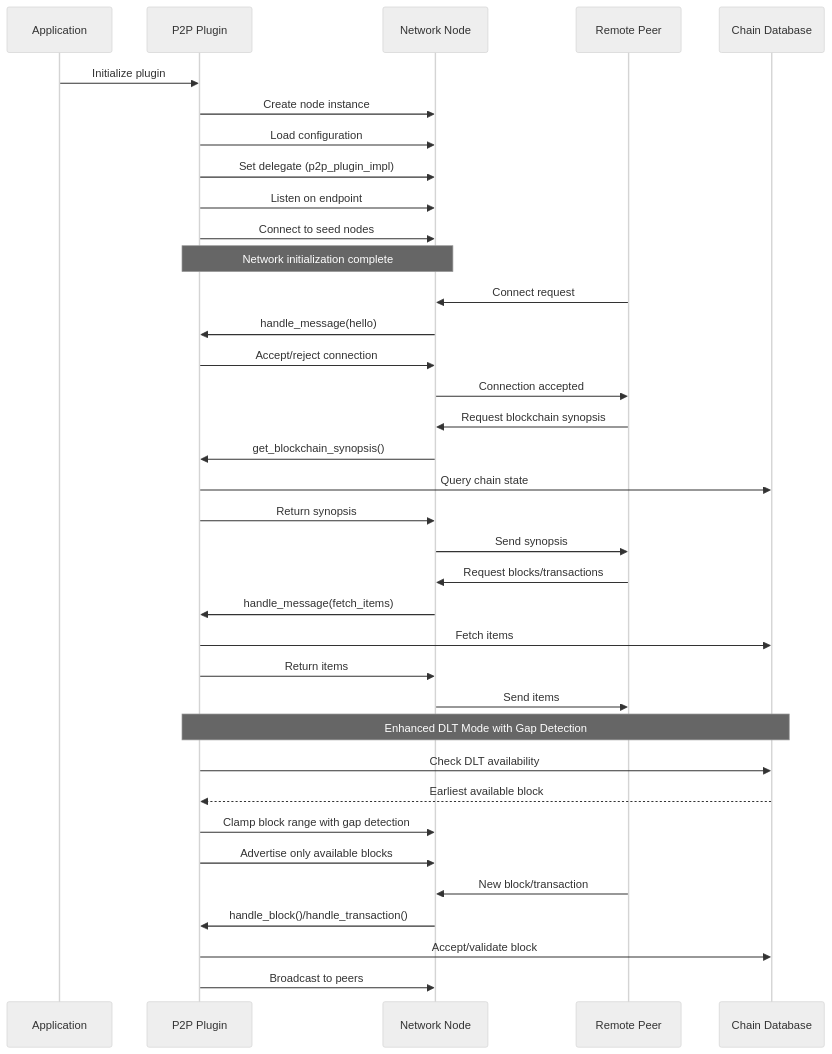
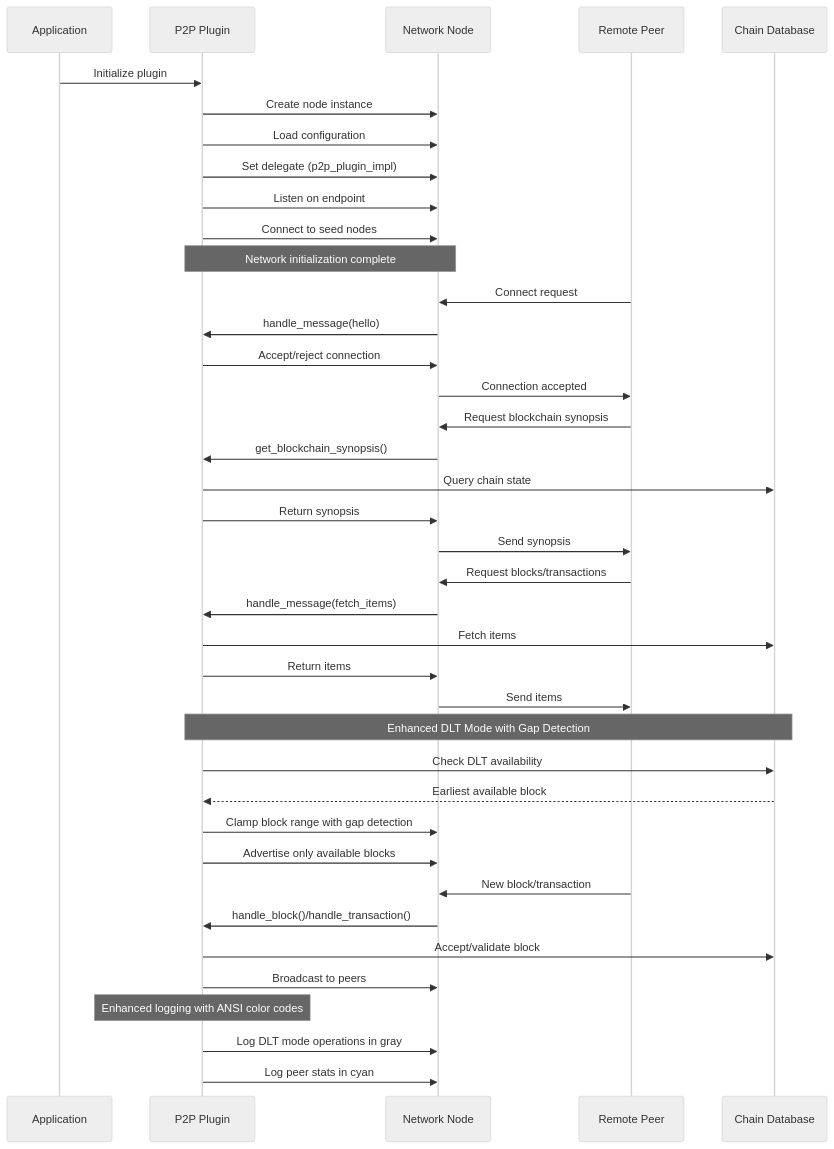
Before and after one commit to VIZ-Blockchain/viz-cpp-node: the fourth of 36 diagrams in .qoder/repowiki/en/content/P2p Plugin.md, drawn with Mermaid (neutral theme). The commit also changed other lines of this file and 3 other files, not shown here.

First line of the commit message:
feat(p2p): add ANSI color-coded logging for enhanced readability and debugging

````diff
--- a/.qoder/repowiki/en/content/P2p Plugin.md
+++ b/.qoder/repowiki/en/content/P2p Plugin.md
@@ -249,38 +258,41 @@
 ```mermaid
 sequenceDiagram
 participant App as Application
 participant P2P as P2P Plugin
 participant Node as Network Node
 participant Peer as Remote Peer
 participant Chain as Chain Database
 App->>P2P : Initialize plugin
 P2P->>Node : Create node instance
 P2P->>Node : Load configuration
 P2P->>Node : Set delegate (p2p_plugin_impl)
 P2P->>Node : Listen on endpoint
 P2P->>Node : Connect to seed nodes
 Note over P2P,Node : Network initialization complete
 Peer->>Node : Connect request
 Node->>P2P : handle_message(hello)
 P2P->>Node : Accept/reject connection
 Node->>Peer : Connection accepted
 Peer->>Node : Request blockchain synopsis
 Node->>P2P : get_blockchain_synopsis()
 P2P->>Chain : Query chain state
 P2P->>Node : Return synopsis
 Node->>Peer : Send synopsis
 Peer->>Node : Request blocks/transactions
 Node->>P2P : handle_message(fetch_items)
 P2P->>Chain : Fetch items
 P2P->>Node : Return items
 Node->>Peer : Send items
 Note over P2P,Chain : Enhanced DLT Mode with Gap Detection
 P2P->>Chain : Check DLT availability
 Chain-->>P2P : Earliest available block
 P2P->>Node : Clamp block range with gap detection
 P2P->>Node : Advertise only available blocks
 Peer->>Node : New block/transaction
 Node->>P2P : handle_block()/handle_transaction()
 P2P->>Chain : Accept/validate block
 P2P->>Node : Broadcast to peers
+Note over P2P : Enhanced logging with ANSI color codes
+P2P->>Node : Log DLT mode operations in gray
+P2P->>Node : Log peer stats in cyan
 ```
````
